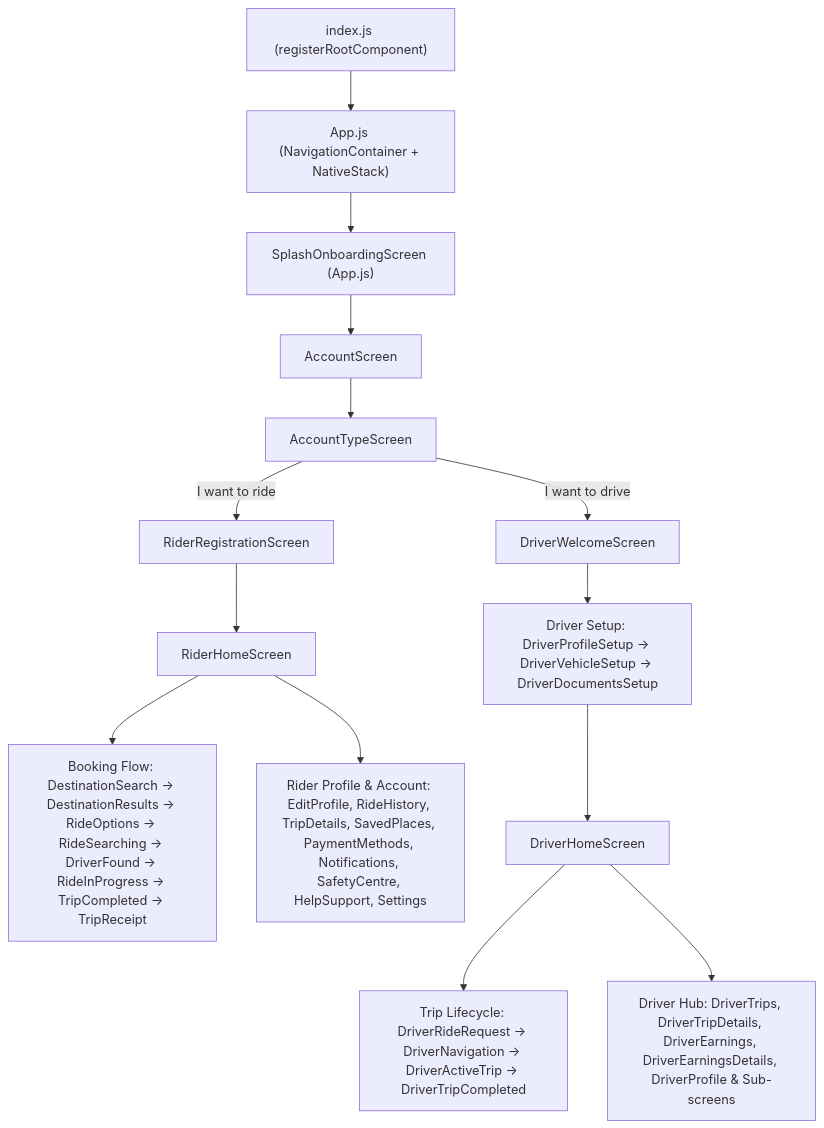
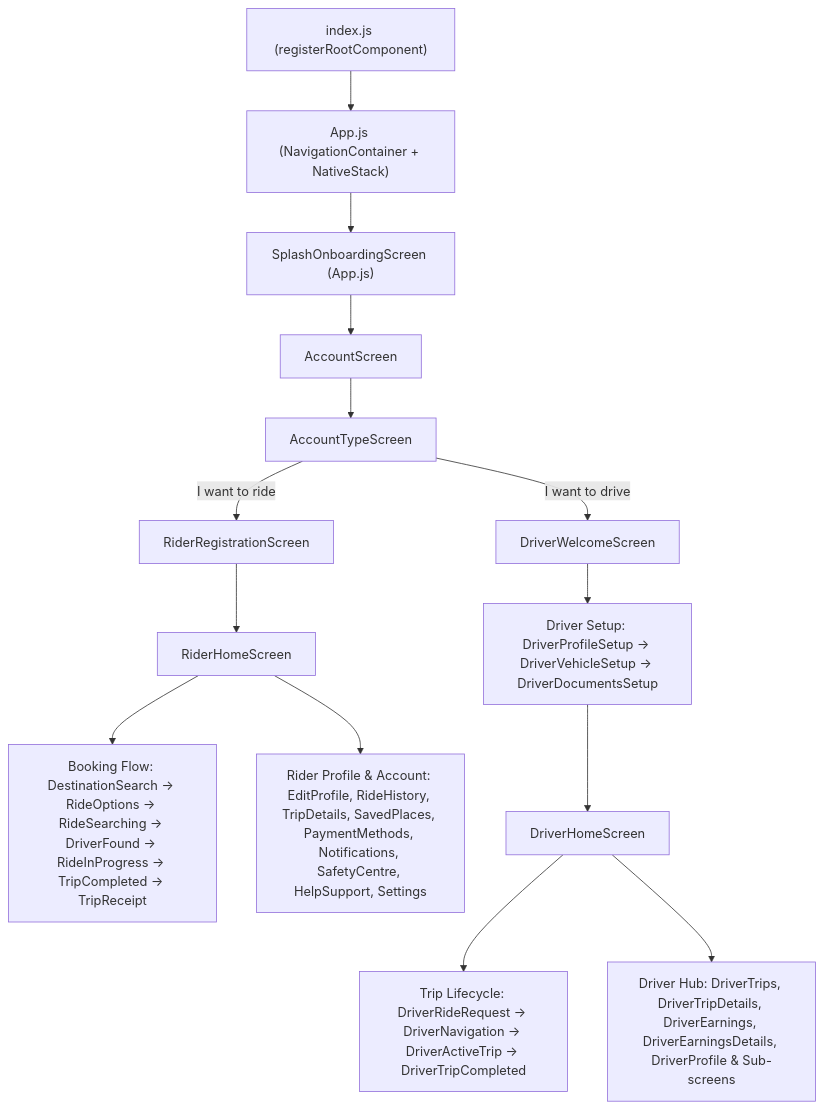
Before and after one commit to MphoVersace/ride-go: the diagram in README.md, drawn with Mermaid. The commit also changed other lines of this file and 21 other files, not shown here.

Commit message:
Port RideGo rider flow and animate onboarding page changes

````diff
--- a/README.md
+++ b/README.md
@@ -38,18 +38,18 @@
 ```mermaid
 flowchart TD
     Entry["index.js (registerRootComponent)"] --> App["App.js (NavigationContainer + NativeStack)"]
     App --> Splash["SplashOnboardingScreen (App.js)"]
     Splash --> Account["AccountScreen"]
     Account --> AccountType["AccountTypeScreen"]
 
     AccountType -->|I want to ride| RiderReg["RiderRegistrationScreen"]
     RiderReg --> RiderHome["RiderHomeScreen"]
-    RiderHome --> Booking["Booking Flow: DestinationSearch -> DestinationResults -> RideOptions -> RideSearching -> DriverFound -> RideInProgress -> TripCompleted -> TripReceipt"]
+    RiderHome --> Booking["Booking Flow: DestinationSearch -> RideOptions -> RideSearching -> DriverFound -> RideInProgress -> TripCompleted -> TripReceipt"]
     RiderHome --> RiderProfile["Rider Profile & Account: EditProfile, RideHistory, TripDetails, SavedPlaces, PaymentMethods, Notifications, SafetyCentre, HelpSupport, Settings"]
 
     AccountType -->|I want to drive| DriverWelcome["DriverWelcomeScreen"]
     DriverWelcome --> DriverSetup["Driver Setup: DriverProfileSetup -> DriverVehicleSetup -> DriverDocumentsSetup"]
     DriverSetup --> DriverHome["DriverHomeScreen"]
     DriverHome --> DriverTrip["Trip Lifecycle: DriverRideRequest -> DriverNavigation -> DriverActiveTrip -> DriverTripCompleted"]
     DriverHome --> DriverHub["Driver Hub: DriverTrips, DriverTripDetails, DriverEarnings, DriverEarningsDetails, DriverProfile & Sub-screens"]
 ```
````
